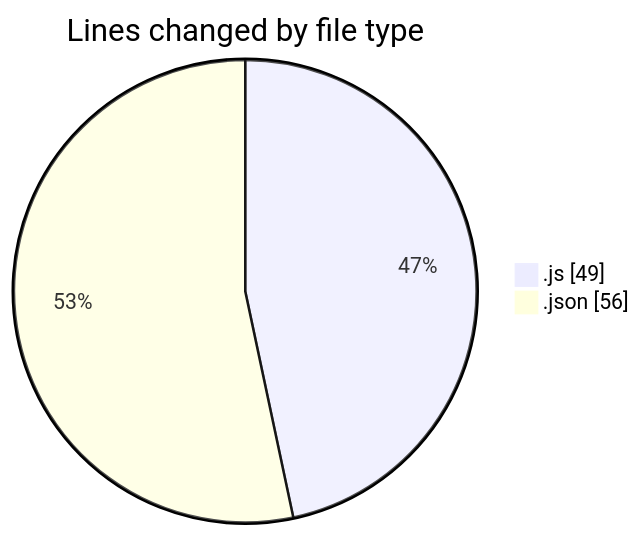
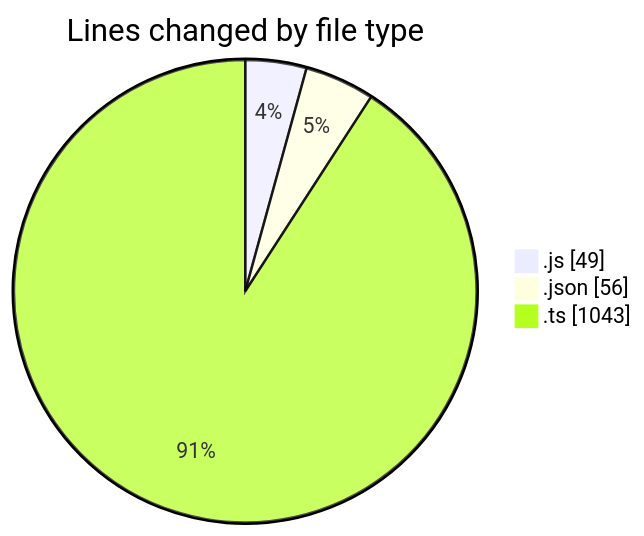
Before and after one commit to momahboobian/code-tracking: the first of 2 diagrams in 2025-09-04/cda/README.md, drawn with Mermaid. The commit also changed other lines of this file and 1 other file, not shown here.

````diff
--- a/2025-09-04/cda/README.md
+++ b/2025-09-04/cda/README.md
@@ -22,6 +23,7 @@
 ```mermaid
 pie showData
 title Lines changed by file type
 ".js" : 49
 ".json" : 56
+".ts" : 1043
 ```
````
